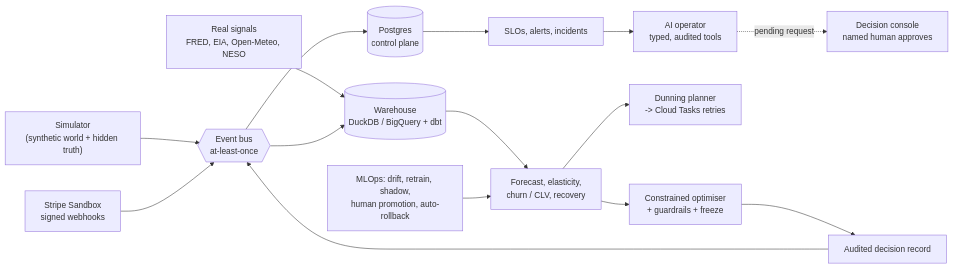
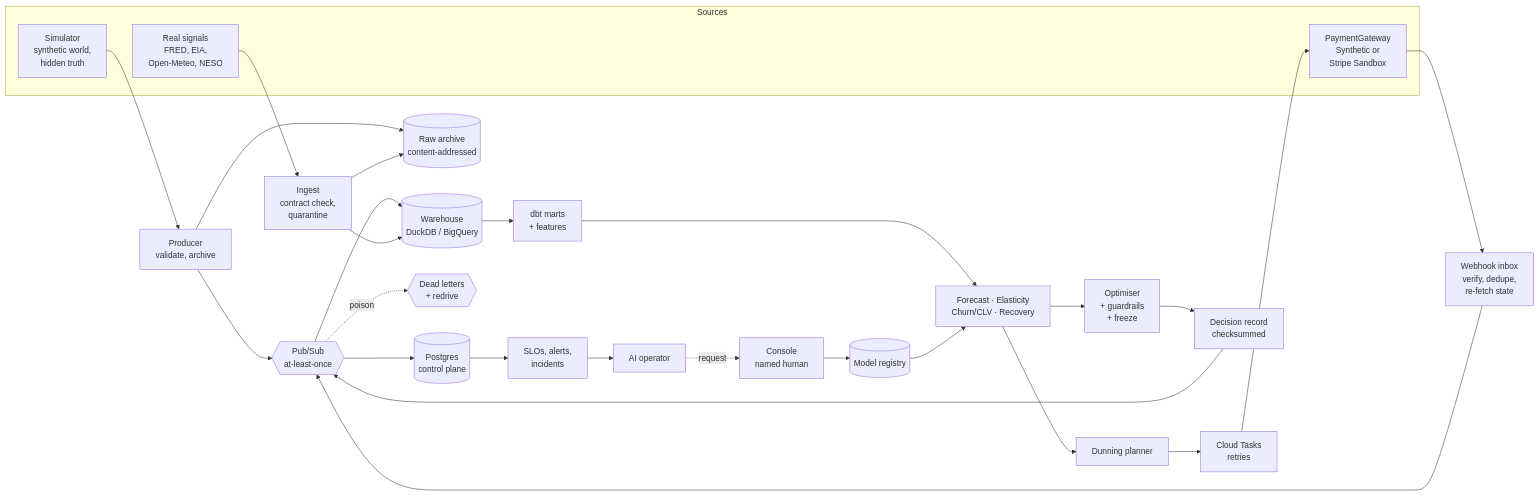
The diagram in README.md (BhargavKumarNath/Praxis), drawn with Mermaid before and after one commit. The commit also changed other lines of this file and 40 other files, not shown here.

````diff
--- a/README.md
+++ b/README.md
@@ -23,17 +69,35 @@
 ```mermaid
 flowchart LR
-    SIM["Simulator<br/>(synthetic world + hidden truth)"] --> BUS{{"Event bus<br/>at-least-once"}}
-    EXT["Real signals<br/>FRED, EIA, Open-Meteo, NESO"] --> WH
-    STRIPE["Stripe Sandbox<br/>signed webhooks"] --> BUS
+    subgraph Sources
+        SIM["Simulator<br/>synthetic world,<br/>hidden truth"]
+        EXT["Real signals<br/>FRED, EIA,<br/>Open-Meteo, NESO"]
+        STRIPE["PaymentGateway<br/>Synthetic or<br/>Stripe Sandbox"]
+    end
+
+    SIM --> PROD["Producer<br/>validate, archive"]
+    EXT --> ING["Ingest<br/>contract check,<br/>quarantine"]
+    STRIPE --> INBOX["Webhook inbox<br/>verify, dedupe,<br/>re-fetch state"]
+
+    PROD --> BUS{{"Pub/Sub<br/>at-least-once"}}
+    INBOX --> BUS
+    PROD --> ARCH[("Raw archive<br/>content-addressed")]
+    ING --> ARCH
+
     BUS --> PG[("Postgres<br/>control plane")]
-    BUS --> WH[("Warehouse<br/>DuckDB / BigQuery + dbt")]
-    WH --> MODELS["Forecast, elasticity,<br/>churn / CLV, recovery"]
-    MODELS --> OPT["Constrained optimiser<br/>+ guardrails + freeze"]
-    OPT --> REC["Audited decision record"]
-    MODELS --> DUN["Dunning planner<br/>-> Cloud Tasks retries"]
+    BUS --> WH[("Warehouse<br/>DuckDB / BigQuery")]
+    ING --> WH
+    BUS -. poison .-> DLQ{{"Dead letters<br/>+ redrive"}}
+
+    WH --> DBT["dbt marts<br/>+ features"]
+    DBT --> MODELS["Forecast · Elasticity<br/>Churn/CLV · Recovery"]
+    REG[("Model registry")] --> MODELS
+    MODELS --> OPT["Optimiser<br/>+ guardrails<br/>+ freeze"]
+    OPT --> REC["Decision record<br/>checksummed"]
     REC --> BUS
-    MLO["MLOps: drift, retrain, shadow,<br/>human promotion, auto-rollback"] --> MODELS
-    PG --> OPS["SLOs, alerts, incidents"]
-    OPS --> AGENT["AI operator<br/>typed, audited tools"]
-    AGENT -. "pending request" .-> CONSOLE["Decision console<br/>named human approves"]
+    MODELS --> DUN["Dunning planner"] --> TASKS["Cloud Tasks<br/>retries"] --> STRIPE
+
+    PG --> OBS["SLOs, alerts,<br/>incidents"]
+    OBS --> AGENT["AI operator"]
+    AGENT -. request .-> CON["Console<br/>named human"]
+    CON --> REG
 ```
````
